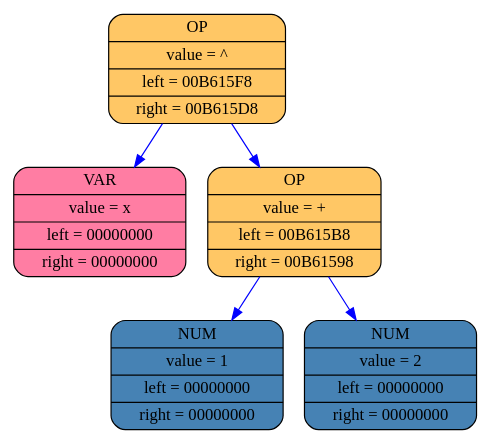
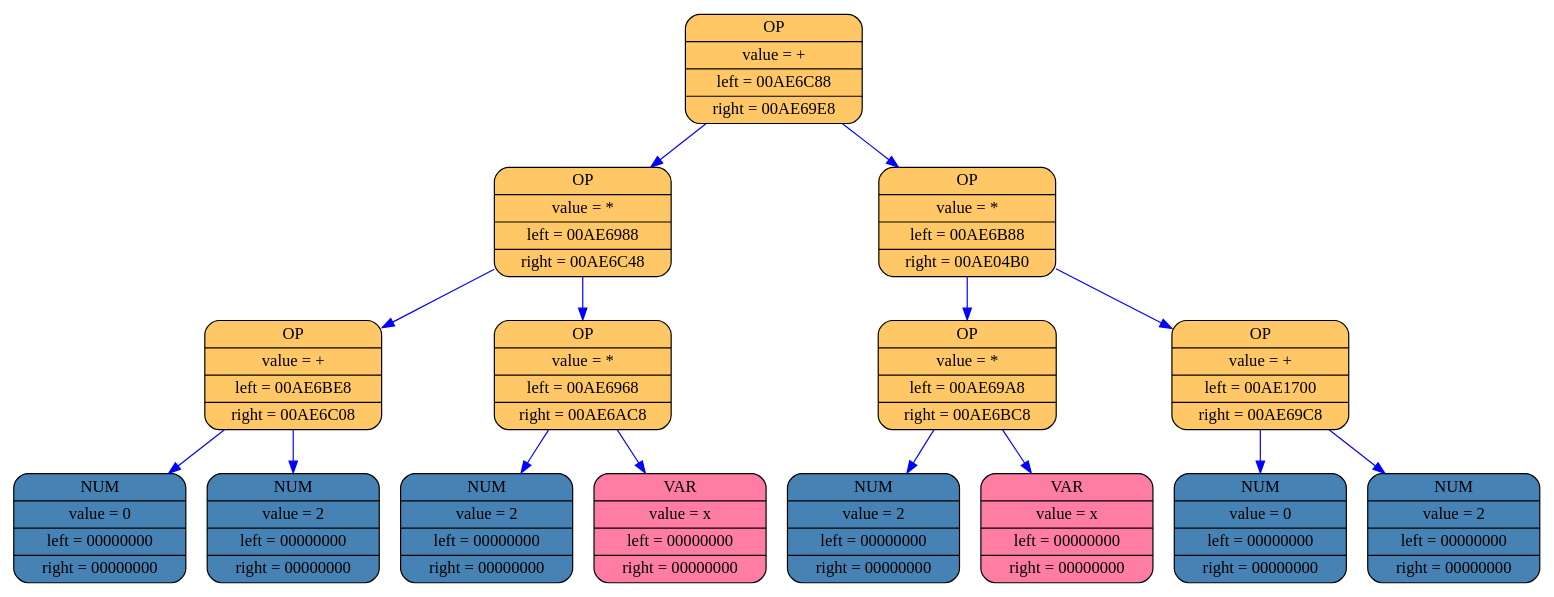
One commit to aywert/DIFFERENCIATOR changed the diagram in log_folder_differenciator/differenciator_graph.dot. Above: the diagram before and after it, drawn with Graphviz. The commit also changed 10 other files, not shown here.

```diff
--- a/log_folder_differenciator/differenciator_graph.dot
+++ b/log_folder_differenciator/differenciator_graph.dot
@@ -1,13 +1,33 @@
 digraph list
 {
 rankdir=HR;
-	11933216 [shape = Mrecord; style = filled; fillcolor="#ffc765"; color = "#000000"; fontcolor = "#000000"; label = "{ OP | value = ^ | left = 00B615F8| right = 00B615D8}"];
-	11933216 -> 11933184 [color="blue"]
-	11933184 [shape = Mrecord; style = filled; fillcolor="#ff7da3"; color = "#000000"; fontcolor = "#000000"; label = "{ VAR | value = x | left = 00000000| right = 00000000}"];
-	11933216 -> 11933152 [color="blue"]
-	11933152 [shape = Mrecord; style = filled; fillcolor="#ffc765"; color = "#000000"; fontcolor = "#000000"; label = "{ OP | value = + | left = 00B615B8| right = 00B61598}"];
-	11933152 -> 11933120 [color="blue"]
-	11933120 [shape = Mrecord; style = filled; fillcolor="#4682b4"; color = "#000000"; fontcolor = "#000000"; label = "{ NUM | value = 1 | left = 00000000| right = 00000000}"];
-	11933152 -> 11933088 [color="blue"]
-	11933088 [shape = Mrecord; style = filled; fillcolor="#4682b4"; color = "#000000"; fontcolor = "#000000"; label = "{ NUM | value = 2 | left = 00000000| right = 00000000}"];
+	11431152 [shape = Mrecord; style = filled; fillcolor="#ffc765"; color = "#000000"; fontcolor = "#000000"; label = "{ OP | value = + | left = 00AE6C88| right = 00AE69E8}"];
+	11431152 -> 11431056 [color="blue"]
+	11431056 [shape = Mrecord; style = filled; fillcolor="#ffc765"; color = "#000000"; fontcolor = "#000000"; label = "{ OP | value = * | left = 00AE6988| right = 00AE6C48}"];
+	11431056 -> 11430288 [color="blue"]
+	11430288 [shape = Mrecord; style = filled; fillcolor="#ffc765"; color = "#000000"; fontcolor = "#000000"; label = "{ OP | value = + | left = 00AE6BE8| right = 00AE6C08}"];
+	11430288 -> 11430896 [color="blue"]
+	11430896 [shape = Mrecord; style = filled; fillcolor="#4682b4"; color = "#000000"; fontcolor = "#000000"; label = "{ NUM | value = 0 | left = 00000000| right = 00000000}"];
+	11430288 -> 11430928 [color="blue"]
+	11430928 [shape = Mrecord; style = filled; fillcolor="#4682b4"; color = "#000000"; fontcolor = "#000000"; label = "{ NUM | value = 2 | left = 00000000| right = 00000000}"];
+	11431056 -> 11430992 [color="blue"]
+	11430992 [shape = Mrecord; style = filled; fillcolor="#ffc765"; color = "#000000"; fontcolor = "#000000"; label = "{ OP | value = * | left = 00AE6968| right = 00AE6AC8}"];
+	11430992 -> 11430256 [color="blue"]
+	11430256 [shape = Mrecord; style = filled; fillcolor="#4682b4"; color = "#000000"; fontcolor = "#000000"; label = "{ NUM | value = 2 | left = 00000000| right = 00000000}"];
+	11430992 -> 11430608 [color="blue"]
+	11430608 [shape = Mrecord; style = filled; fillcolor="#ff7da3"; color = "#000000"; fontcolor = "#000000"; label = "{ VAR | value = x | left = 00000000| right = 00000000}"];
+	11431152 -> 11430384 [color="blue"]
+	11430384 [shape = Mrecord; style = filled; fillcolor="#ffc765"; color = "#000000"; fontcolor = "#000000"; label = "{ OP | value = * | left = 00AE6B88| right = 00AE04B0}"];
+	11430384 -> 11430800 [color="blue"]
+	11430800 [shape = Mrecord; style = filled; fillcolor="#ffc765"; color = "#000000"; fontcolor = "#000000"; label = "{ OP | value = * | left = 00AE69A8| right = 00AE6BC8}"];
+	11430800 -> 11430320 [color="blue"]
+	11430320 [shape = Mrecord; style = filled; fillcolor="#4682b4"; color = "#000000"; fontcolor = "#000000"; label = "{ NUM | value = 2 | left = 00000000| right = 00000000}"];
+	11430800 -> 11430864 [color="blue"]
+	11430864 [shape = Mrecord; style = filled; fillcolor="#ff7da3"; color = "#000000"; fontcolor = "#000000"; label = "{ VAR | value = x | left = 00000000| right = 00000000}"];
+	11430384 -> 11404472 [color="blue"]
+	11404472 [shape = Mrecord; style = filled; fillcolor="#ffc765"; color = "#000000"; fontcolor = "#000000"; label = "{ OP | value = + | left = 00AE1700| right = 00AE69C8}"];
+	11404472 -> 11409160 [color="blue"]
+	11409160 [shape = Mrecord; style = filled; fillcolor="#4682b4"; color = "#000000"; fontcolor = "#000000"; label = "{ NUM | value = 0 | left = 00000000| right = 00000000}"];
+	11404472 -> 11430352 [color="blue"]
+	11430352 [shape = Mrecord; style = filled; fillcolor="#4682b4"; color = "#000000"; fontcolor = "#000000"; label = "{ NUM | value = 2 | left = 00000000| right = 00000000}"];
 	}
```
